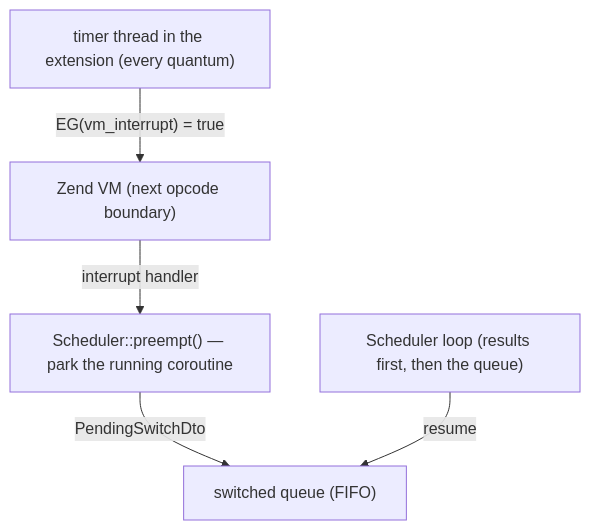
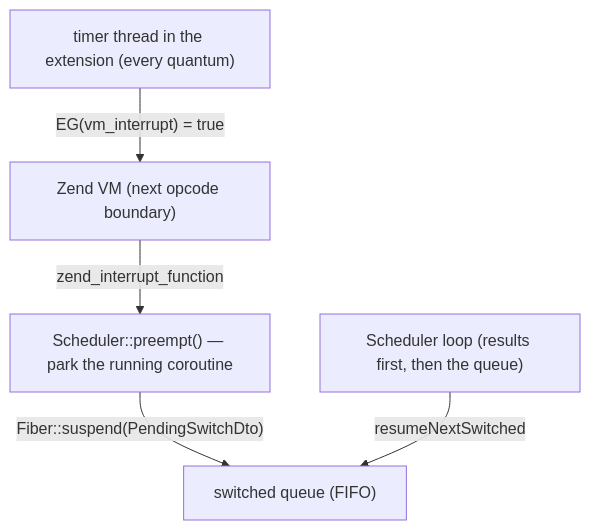
Before and after one commit to sprust/sconcur: the diagram in docs/coroutine-switching.md, drawn with Mermaid. The commit also changed other lines of this file and 51 other files, not shown here.

````diff
--- a/docs/coroutine-switching.md
+++ b/docs/coroutine-switching.md
@@ -84,7 +82,7 @@
 ```mermaid
 flowchart TB
     Timer["timer thread in the extension (every quantum)"] -->|"EG(vm_interrupt) = true"| Engine["Zend VM (next opcode boundary)"]
-    Engine -->|"interrupt handler"| Preempt["Scheduler::preempt() — park the running coroutine"]
-    Preempt -->|"PendingSwitchDto"| Queue["switched queue (FIFO)"]
-    Scheduler["Scheduler loop (results first, then the queue)"] -->|"resume"| Queue
+    Engine -->|"zend_interrupt_function"| Preempt["Scheduler::preempt() — park the running coroutine"]
+    Preempt -->|"Fiber::suspend(PendingSwitchDto)"| Queue["switched queue (FIFO)"]
+    Scheduler["Scheduler loop (results first, then the queue)"] -->|"resumeNextSwitched"| Queue
 ```
````
